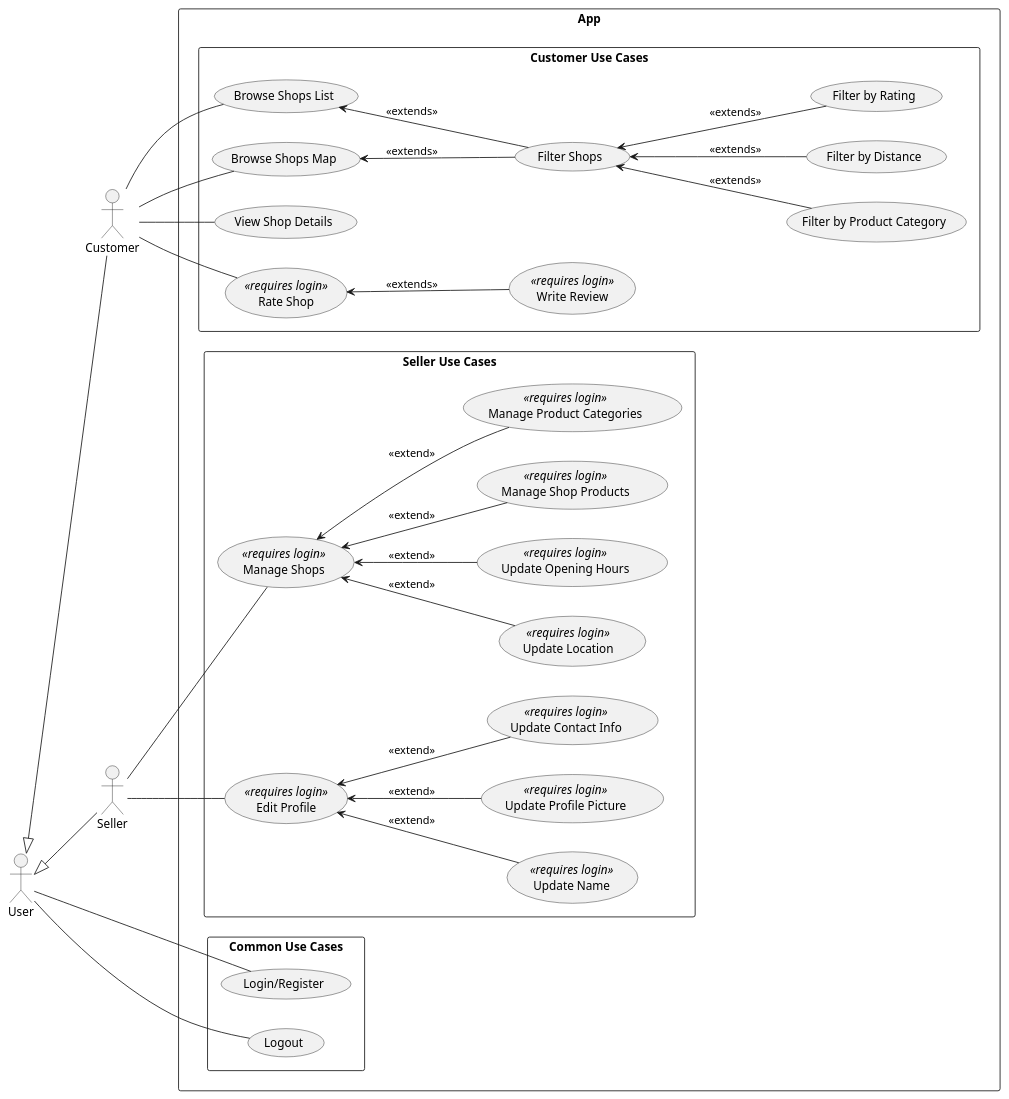
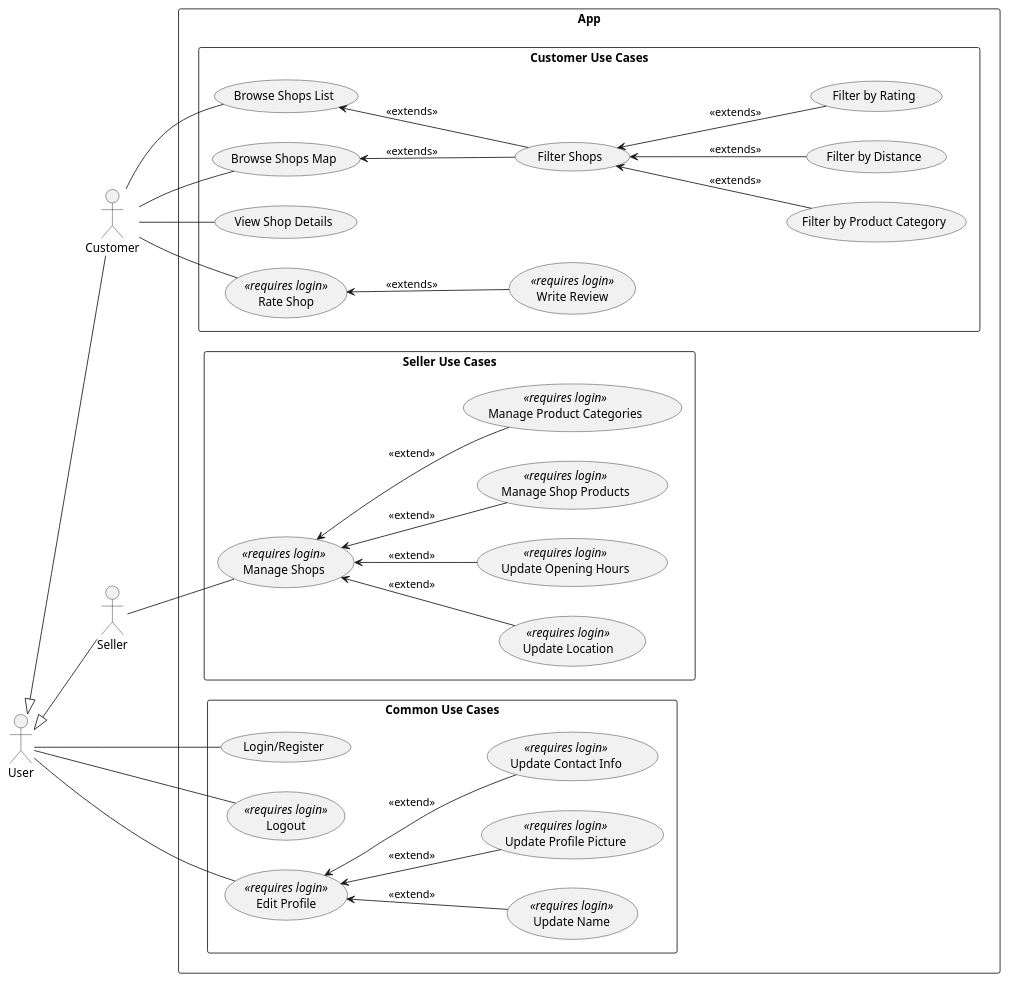
The diagram in docs/diagram/use_case_diagram.puml (tondracek/my-farmer), drawn with PlantUML before and after one commit.

Commit message:
feat: moved EditProfile to common User in use_case_diagram.puml

```diff
--- a/docs/diagram/use_case_diagram.puml
+++ b/docs/diagram/use_case_diagram.puml
@@ -1,84 +1,84 @@
 @startuml
 
 skinparam backgroundColor #FFFFFF
 left to right direction
 
 actor "User" as User
 actor "Customer" as Customer
 actor "Seller" as Seller
 
 User <|-- Customer
 User <|-- Seller
 
 rectangle "App" {
 
   rectangle "Common Use Cases" {
 
     usecase "Login/Register" as LoginRegisterCustomer
-    usecase "Logout" as LogoutCustomer
+    usecase "Logout" as LogoutCustomer <<requires login>>
 
     User -- LoginRegisterCustomer
     User -- LogoutCustomer
+
+    usecase "Edit Profile" as EditProfile <<requires login>>
+
+    usecase "Update Name" as UpdateName <<requires login>>
+    usecase "Update Profile Picture" as UpdateProfilePicture <<requires login>>
+    usecase "Update Contact Info" as UpdateContactInfo <<requires login>>
+
+    User -- EditProfile
+
+    EditProfile <-- UpdateName : <<extend>>
+    EditProfile <-- UpdateProfilePicture : <<extend>>
+    EditProfile <-- UpdateContactInfo : <<extend>>
   }
 
   rectangle "Customer Use Cases" {
 
     usecase "Browse Shops List" as BrowseShopsList
     usecase "Browse Shops Map" as BrowseShopsMap
     usecase "View Shop Details" as ViewShopDetails
 
     usecase "Filter Shops" as FilterShops
 
     usecase "Filter by Product Category" as FilterByCategory
     usecase "Filter by Distance" as FilterByDistance
     usecase "Filter by Rating" as FilterByRating
 
     usecase "Rate Shop" as RateShop <<requires login>>
     usecase "Write Review" as WriteReview <<requires login>>
 
     Customer -- BrowseShopsList
     Customer -- BrowseShopsMap
 
     BrowseShopsList <-- FilterShops : <<extends>>
     BrowseShopsMap <-- FilterShops : <<extends>>
 
     FilterShops <-- FilterByCategory : <<extends>>
     FilterShops <-- FilterByDistance : <<extends>>
     FilterShops <-- FilterByRating : <<extends>>
 
     Customer -- ViewShopDetails
     Customer -- RateShop
     RateShop <-- WriteReview : <<extends>>
   }
 
   rectangle "Seller Use Cases" {
 
     usecase "Manage Shops" as ManageShops <<requires login>>
 
     usecase "Update Location" as UpdateLocation <<requires login>>
     usecase "Update Opening Hours" as UpdateOpeningHours <<requires login>>
     usecase "Manage Shop Products" as ManageShopProducts <<requires login>>
     usecase "Manage Product Categories" as ManageProductCategories <<requires login>>
 
-    usecase "Edit Profile" as EditProfile <<requires login>>
-
-    usecase "Update Name" as UpdateName <<requires login>>
-    usecase "Update Profile Picture" as UpdateProfilePicture <<requires login>>
-    usecase "Update Contact Info" as UpdateContactInfo <<requires login>>
-
     Seller -- ManageShops
 
     ManageShops <-- UpdateLocation : <<extend>>
     ManageShops <-- UpdateOpeningHours : <<extend>>
     ManageShops <-- ManageShopProducts : <<extend>>
     ManageShops <-- ManageProductCategories : <<extend>>
-
-    Seller -- EditProfile
-
-    EditProfile <-- UpdateName : <<extend>>
-    EditProfile <-- UpdateProfilePicture : <<extend>>
-    EditProfile <-- UpdateContactInfo : <<extend>>
   }
 }
 
 @enduml
```
